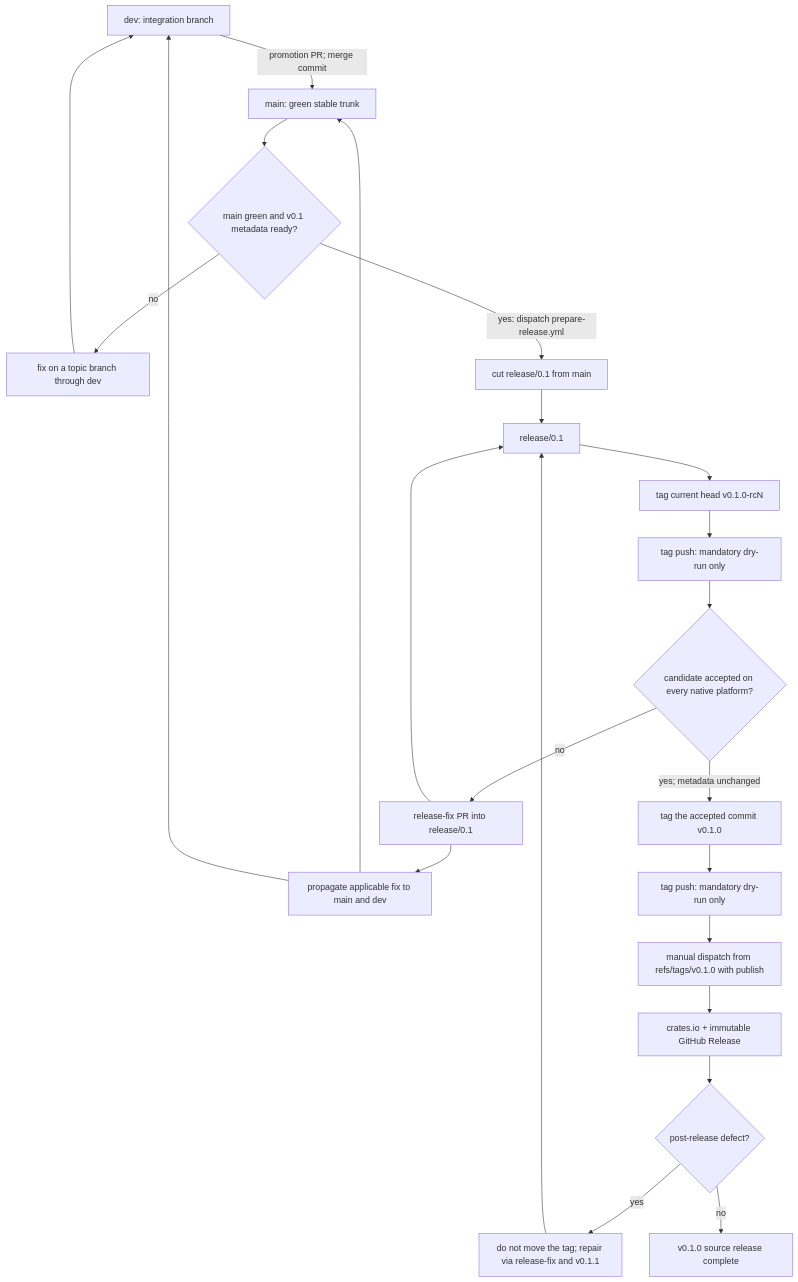
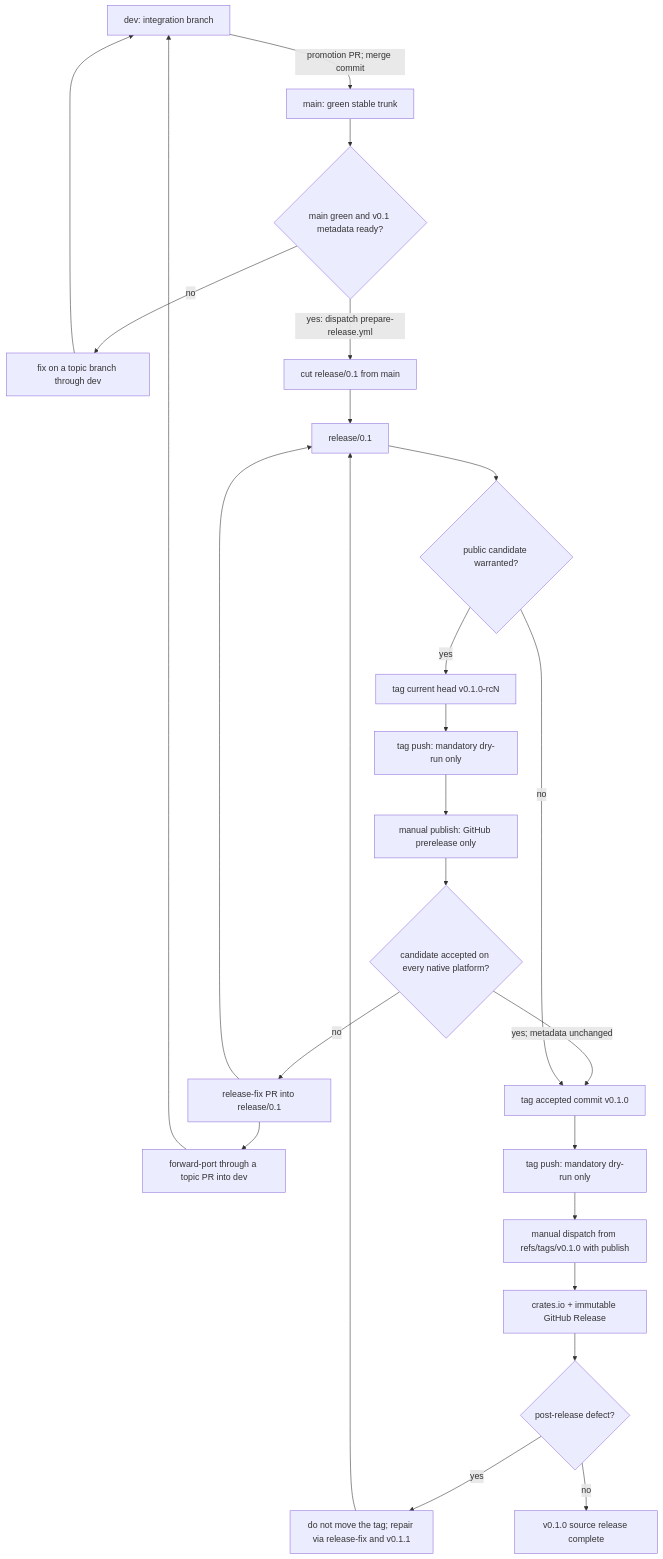
One commit to markyjordan/gitserious changed the first of 4 diagrams in docs/eng/RELEASE_POSTURE.md. Above: the diagram before and after it, drawn with Mermaid. The commit also changed other lines of this file, not shown here.

Commit message:
docs(release): define optional candidate recovery flow

````diff
--- a/docs/eng/RELEASE_POSTURE.md
+++ b/docs/eng/RELEASE_POSTURE.md
@@ -27,25 +27,27 @@
 ```mermaid
 flowchart TD
   Dev["dev: integration branch"] -->|"promotion PR; merge commit"| Main["main: green stable trunk"]
   Main --> Gate{"main green and v0.1 metadata ready?"}
   Gate -->|"no"| DevFix["fix on a topic branch through dev"]
   DevFix --> Dev
   Gate -->|"yes: dispatch prepare-release.yml"| Cut["cut release/0.1 from main"]
   Cut --> Release["release/0.1"]
-  Release --> RC["tag current head v0.1.0-rcN"]
+  Release --> Candidate{"public candidate warranted?"}
+  Candidate -->|"yes"| RC["tag current head v0.1.0-rcN"]
   RC --> PushDry["tag push: mandatory dry-run only"]
-  PushDry --> Review{"candidate accepted on every native platform?"}
+  PushDry --> PublishRC["manual publish: GitHub prerelease only"]
+  PublishRC --> Review{"candidate accepted on every native platform?"}
   Review -->|"no"| ReleaseFix["release-fix PR into release/0.1"]
   ReleaseFix --> Release
-  ReleaseFix --> Forward["propagate applicable fix to main and dev"]
-  Forward --> Main
+  ReleaseFix --> Forward["forward-port through a topic PR into dev"]
   Forward --> Dev
-  Review -->|"yes; metadata unchanged"| Stable["tag the accepted commit v0.1.0"]
+  Review -->|"yes; metadata unchanged"| Stable["tag accepted commit v0.1.0"]
+  Candidate -->|"no"| Stable
   Stable --> StableDry["tag push: mandatory dry-run only"]
   StableDry --> Manual["manual dispatch from refs/tags/v0.1.0 with publish"]
   Manual --> Published["crates.io + immutable GitHub Release"]
   Published --> Bad{"post-release defect?"}
   Bad -->|"yes"| Repair["do not move the tag; repair via release-fix and v0.1.1"]
   Repair --> Release
   Bad -->|"no"| Done["v0.1.0 source release complete"]
 ```
````
